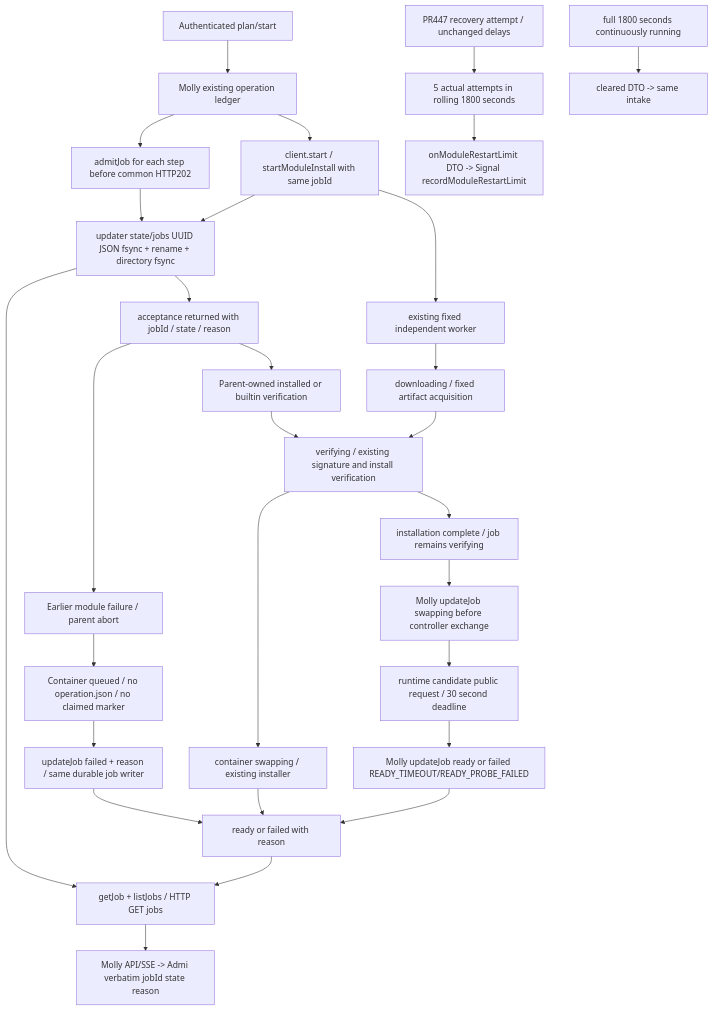
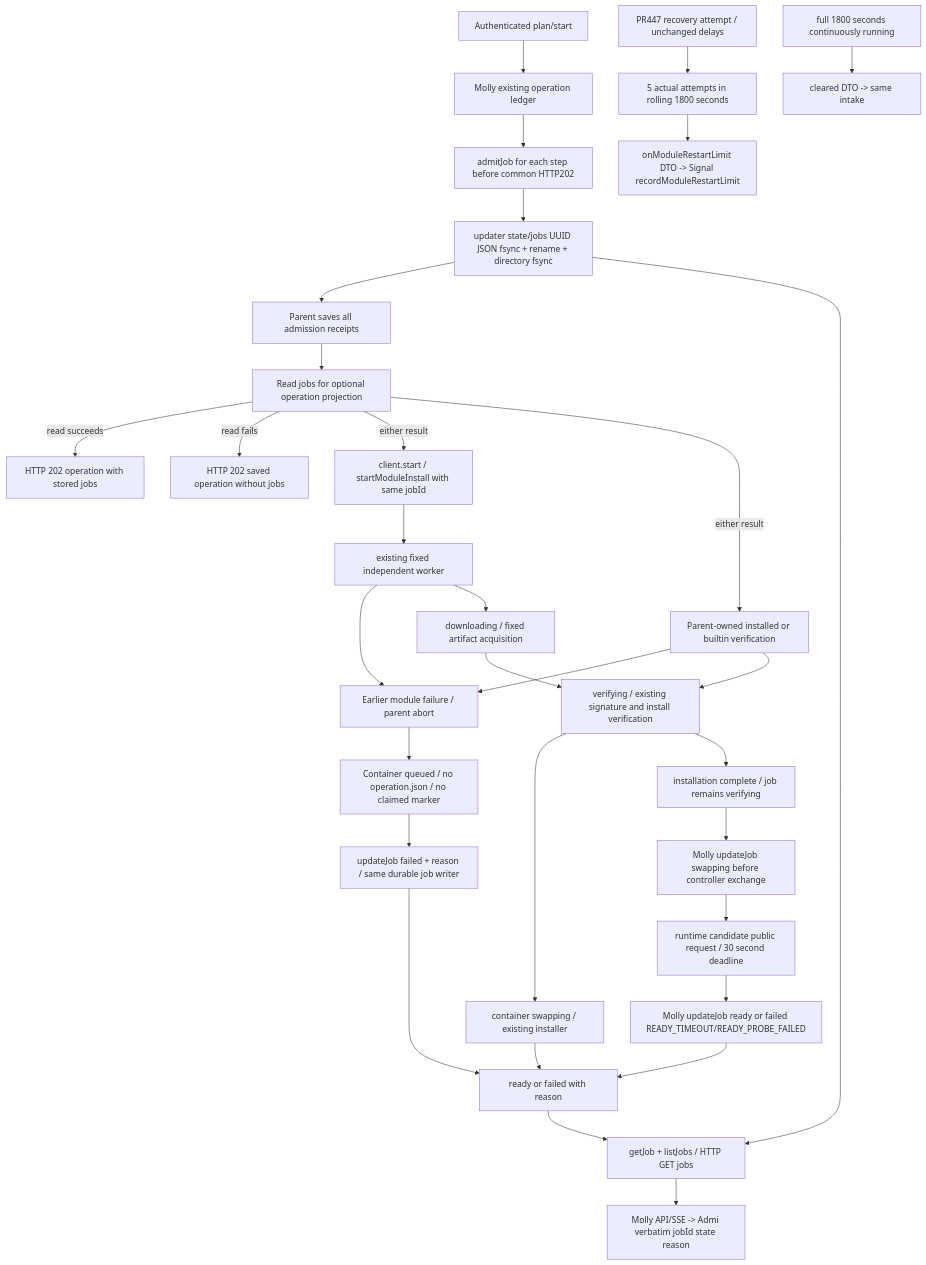
The diagram in docs/architecture/modules/runtime/update-jobs.md (kitepon/BellTeam), drawn with Mermaid before and after one commit. The commit also changed other lines of this file and 2 other files, not shown here.

Commit message:
Document M-05 module recovery and admitted-update lifecycle

````diff
--- a/docs/architecture/modules/runtime/update-jobs.md
+++ b/docs/architecture/modules/runtime/update-jobs.md
@@ -17,31 +17,34 @@
 ```mermaid
 flowchart TD
   App[Authenticated plan/start] --> Parent[Molly existing operation ledger]
   Parent --> Admit[admitJob for each step before common HTTP202]
   Admit --> Durable[updater state/jobs UUID JSON fsync + rename + directory fsync]
-  Parent --> Start[client.start / startModuleInstall with same jobId]
-  Start --> Durable
-  Durable --> Accept[acceptance returned with jobId / state / reason]
+  Durable --> Accept[Parent saves all admission receipts]
+  Accept --> Enrich[Read jobs for optional operation projection]
+  Enrich -->|read succeeds| AcceptedWithJobs[HTTP 202 operation with stored jobs]
+  Enrich -->|read fails| AcceptedOperation[HTTP 202 saved operation without jobs]
+  Enrich -->|either result| Start[client.start / startModuleInstall with same jobId]
+  Enrich -->|either result| Local[Parent-owned installed or builtin verification]
   Start --> Worker[existing fixed independent worker]
-  Accept --> Abort[Earlier module failure / parent abort]
+  Worker --> Abort[Earlier module failure / parent abort]
+  Local --> Abort
   Abort --> Unclaimed[Container queued / no operation.json / no claimed marker]
   Unclaimed --> Aborted[updateJob failed + reason / same durable job writer]
   Aborted --> End
-  Accept --> Local[Parent-owned installed or builtin verification]
   Local --> Verify
   Worker --> Download[downloading / fixed artifact acquisition]
   Download --> Verify[verifying / existing signature and install verification]
   Verify --> Container[container swapping / existing installer]
   Container --> End[ready or failed with reason]
   Verify --> Module[installation complete / job remains verifying]
   Module --> Swap[Molly updateJob swapping before controller exchange]
   Swap --> Probe[runtime candidate public request / 30 second deadline]
   Probe --> Report[Molly updateJob ready or failed READY_TIMEOUT/READY_PROBE_FAILED]
   Report --> End
   Durable --> Read[getJob + listJobs / HTTP GET jobs]
   End --> Read
   Read --> UI[Molly API/SSE -> Admi verbatim jobId state reason]
   Restart[PR447 recovery attempt / unchanged delays] --> Limit[5 actual attempts in rolling 1800 seconds]
   Limit --> Intake[onModuleRestartLimit DTO -> Signal recordModuleRestartLimit]
   Quiet[full 1800 seconds continuously running] --> Clear[cleared DTO -> same intake]
 ```
````
